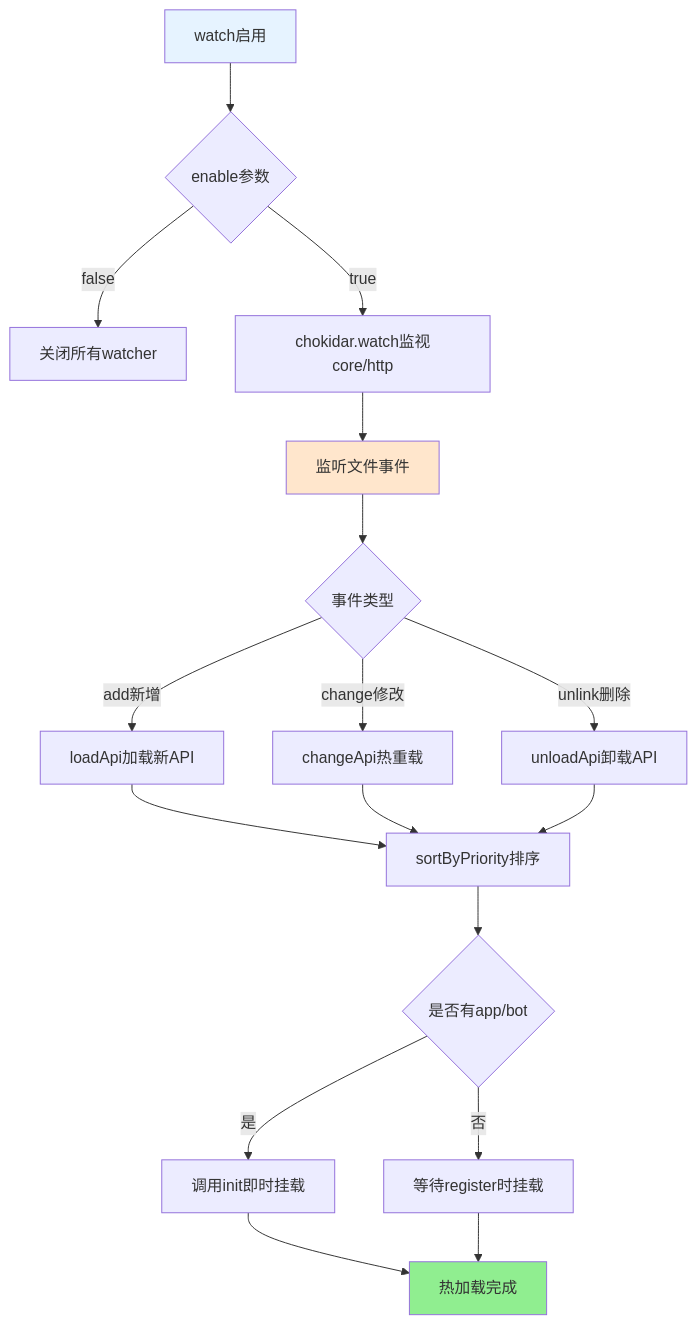
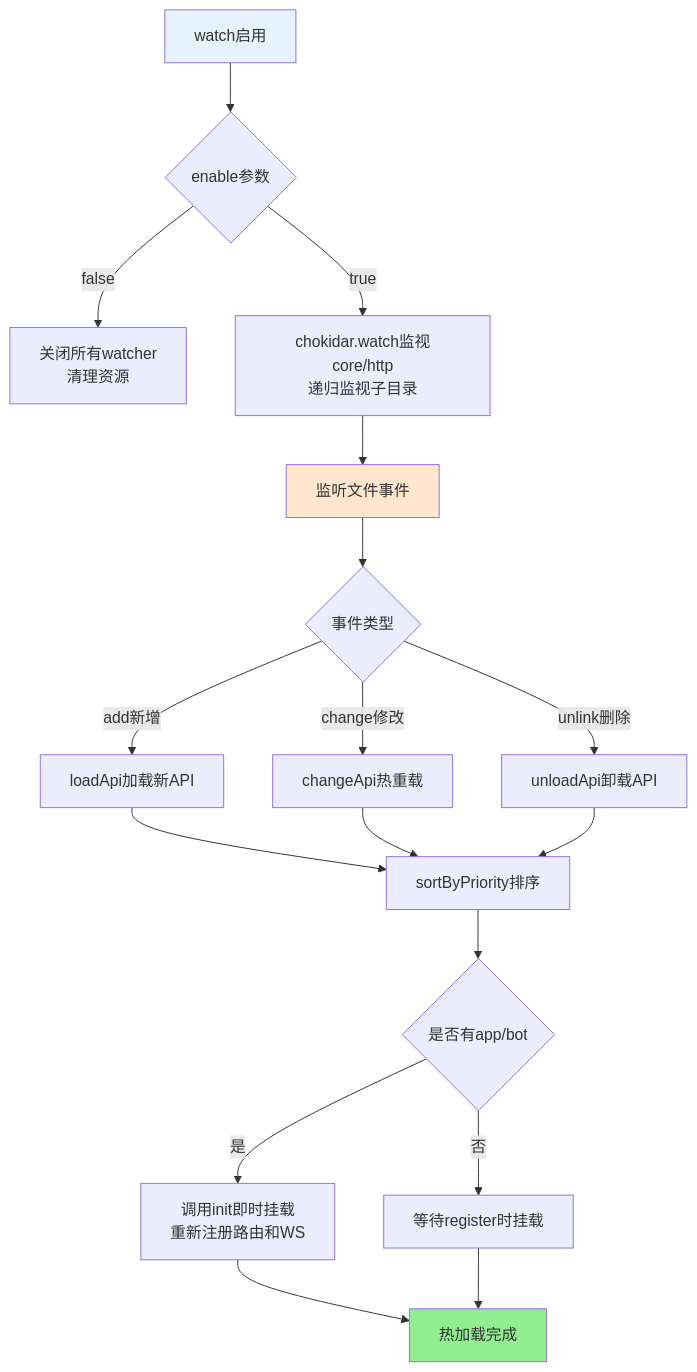
One commit to sunflowermm/XRK-AGT changed the fourth of 4 diagrams in docs/api-loader.md. Above: the diagram before and after it, drawn with Mermaid. The commit also changed other lines of this file and 9 other files, not shown here.

````diff
--- a/docs/api-loader.md
+++ b/docs/api-loader.md
@@ -134,23 +179,23 @@
 ```mermaid
 flowchart TB
     A["watch启用"] --> B{"enable参数"}
-    B -->|false| C["关闭所有watcher"]
-    B -->|true| D["chokidar.watch监视core/http"]
+    B -->|false| C["关闭所有watcher<br/>清理资源"]
+    B -->|true| D["chokidar.watch监视core/http<br/>递归监视子目录"]
     D --> E["监听文件事件"]
     E --> F{"事件类型"}
     F -->|add新增| G["loadApi加载新API"]
     F -->|change修改| H["changeApi热重载"]
     F -->|unlink删除| I["unloadApi卸载API"]
     G --> J["sortByPriority排序"]
     H --> J
     I --> J
     J --> K{"是否有app/bot"}
-    K -->|是| L["调用init即时挂载"]
+    K -->|是| L["调用init即时挂载<br/>重新注册路由和WS"]
     K -->|否| M["等待register时挂载"]
     L --> N["热加载完成"]
     M --> N
     
     style A fill:#E6F3FF
     style E fill:#FFE6CC
     style N fill:#90EE90
 ```
````
